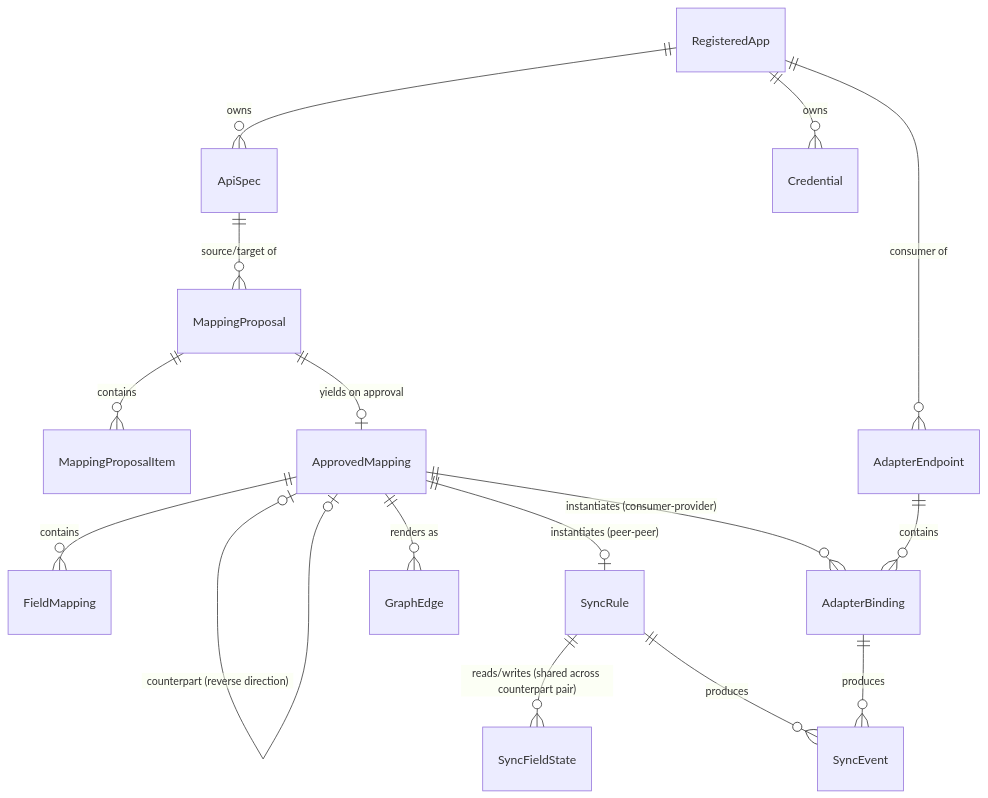
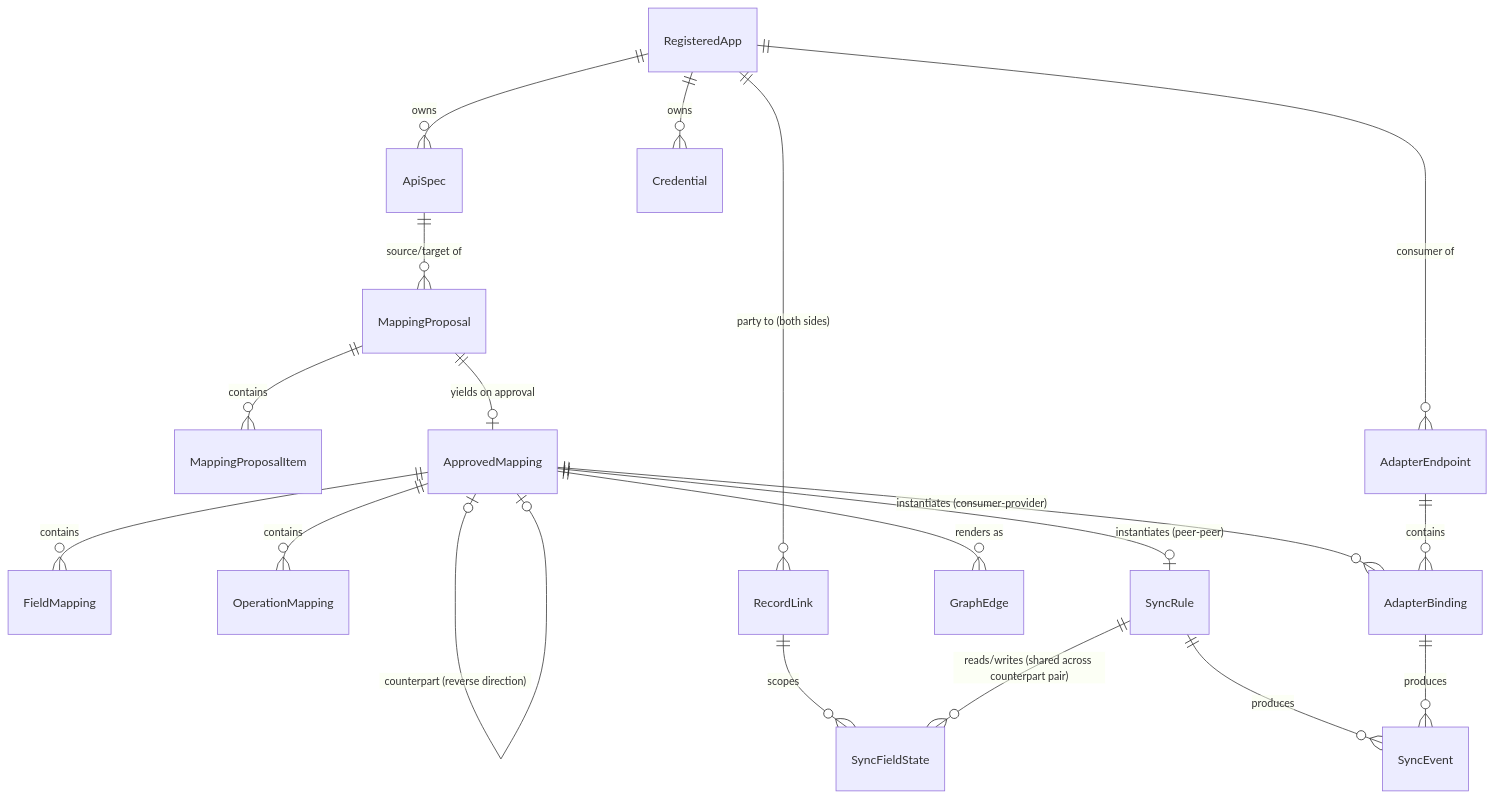
One commit to geprog/api-mediator changed the diagram in docs/architecture/data-model.md. Above: the diagram before and after it, drawn with Mermaid. The commit also changed other lines of this file and 11 other files, not shown here.

````diff
--- a/docs/architecture/data-model.md
+++ b/docs/architecture/data-model.md
@@ -123,18 +151,21 @@
 ```mermaid
 erDiagram
     RegisteredApp ||--o{ ApiSpec : owns
     RegisteredApp ||--o{ Credential : owns
     ApiSpec ||--o{ MappingProposal : "source/target of"
     MappingProposal ||--o{ MappingProposalItem : contains
     MappingProposal ||--o| ApprovedMapping : "yields on approval"
     ApprovedMapping |o--o| ApprovedMapping : "counterpart (reverse direction)"
     ApprovedMapping ||--o{ FieldMapping : contains
+    ApprovedMapping ||--o{ OperationMapping : contains
     ApprovedMapping ||--o| SyncRule : "instantiates (peer-peer)"
     ApprovedMapping ||--o{ AdapterBinding : "instantiates (consumer-provider)"
+    RegisteredApp ||--o{ RecordLink : "party to (both sides)"
+    RecordLink ||--o{ SyncFieldState : scopes
     SyncRule ||--o{ SyncFieldState : "reads/writes (shared across counterpart pair)"
     AdapterEndpoint ||--o{ AdapterBinding : contains
     RegisteredApp ||--o{ AdapterEndpoint : "consumer of"
     ApprovedMapping ||--o{ GraphEdge : "renders as"
     SyncRule ||--o{ SyncEvent : produces
     AdapterBinding ||--o{ SyncEvent : produces
 ```
````
